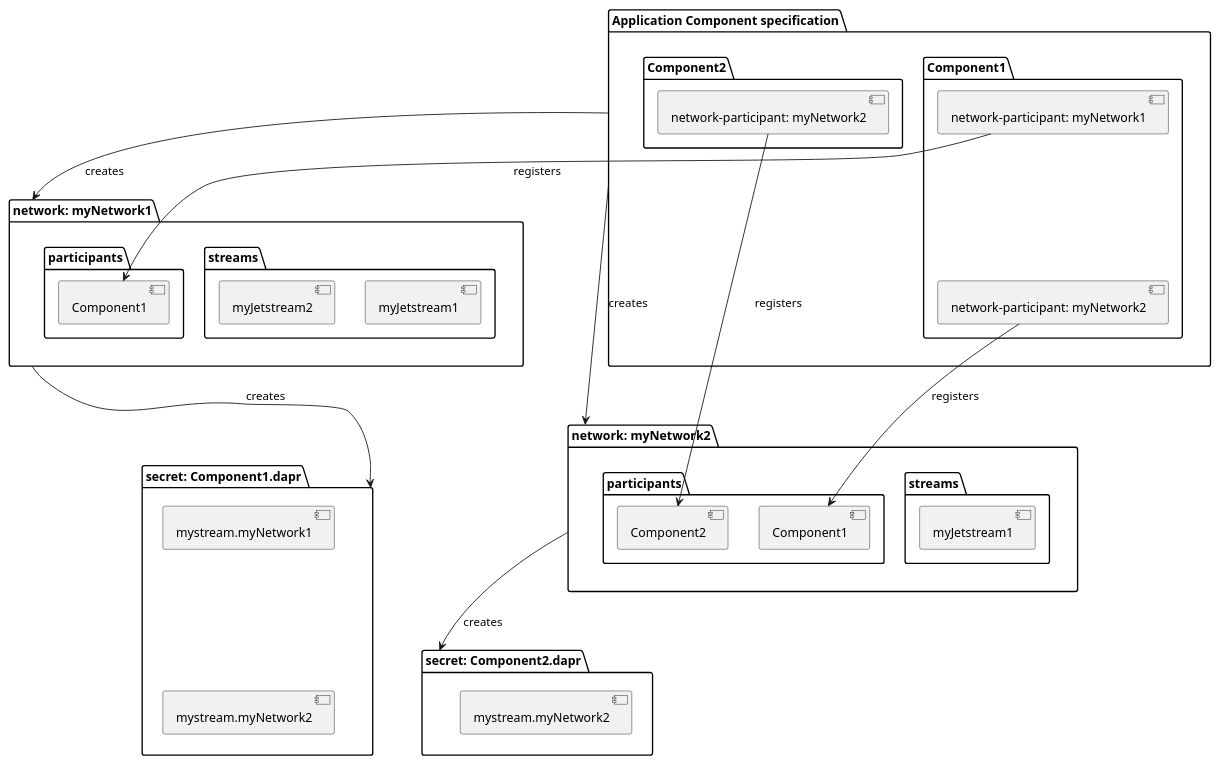
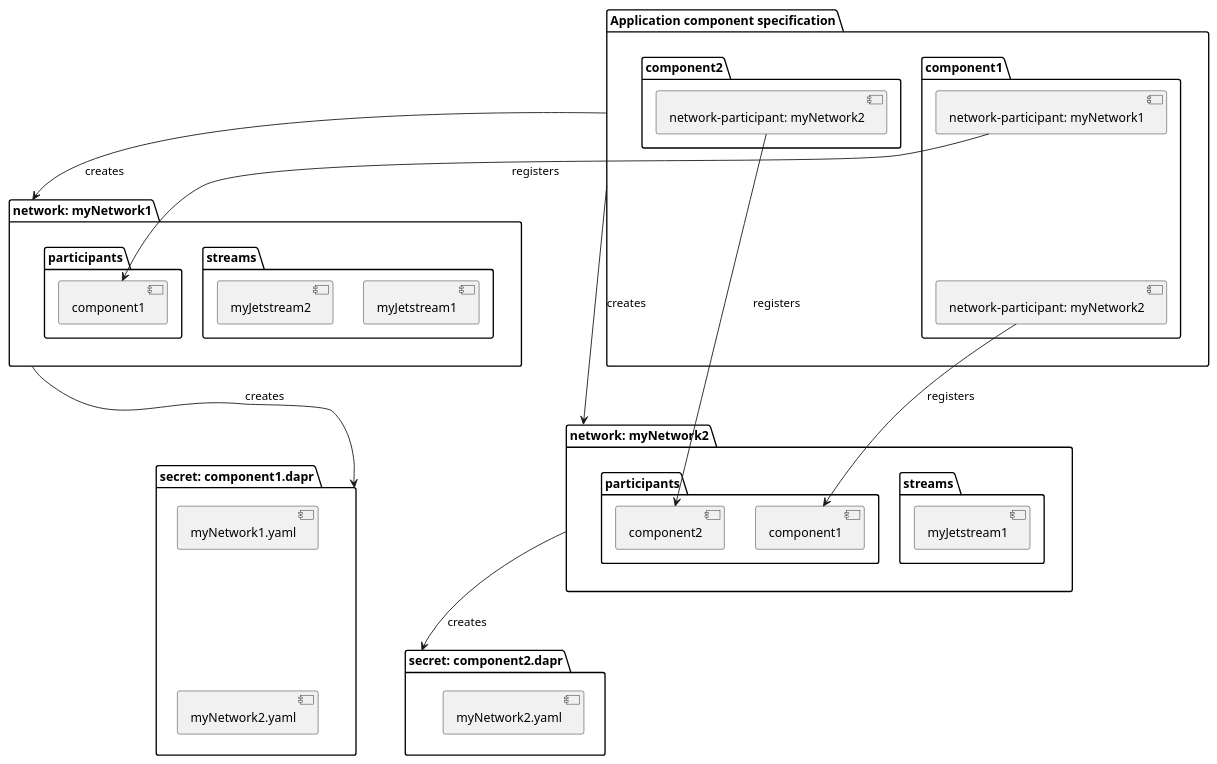
The diagram in docs/images/dapr.puml (edgefarm/anck), drawn with PlantUML before and after one commit. The commit also changed 2 other files, not shown here.

```diff
--- a/docs/images/dapr.puml
+++ b/docs/images/dapr.puml
@@ -1,59 +1,59 @@
 @startuml
 
-package "Application Component specification" as application {
-    package "Component1" as Component1 {
-        [network-participant: myNetwork1] as Component1_participant_myNetwork1
-        [network-participant: myNetwork2] as Component1_participant_myNetwork2
-        Component1_participant_myNetwork1 -[hidden]d- Component1_participant_myNetwork2
+package "Application component specification" as application {
+    package "component1" as component1 {
+        [network-participant: myNetwork1] as component1_participant_myNetwork1
+        [network-participant: myNetwork2] as component1_participant_myNetwork2
+        component1_participant_myNetwork1 -[hidden]d- component1_participant_myNetwork2
     }
 
-    package "Component2" as Component2{
-        [network-participant: myNetwork2] as Component2_participant_myNetwork2
+    package "component2" as component2{
+        [network-participant: myNetwork2] as component2_participant_myNetwork2
     }
-    ' Component1 -[hidden]l- Component2
+    ' component1 -[hidden]l- component2
 }
 
-package "secret: Component1.dapr" as secret_Component1_dapr {
-    [mystream.myNetwork1] as sn1
-    [mystream.myNetwork2] as sn2
+package "secret: component1.dapr" as secret_component1_dapr {
+    [myNetwork1.yaml] as sn1
+    [myNetwork2.yaml] as sn2
     sn1 -[hidden]u- sn2
     sn2 -[hidden]u- sn1
 }
 
-package "secret: Component2.dapr" as secret_Component2_dapr {
-    [mystream.myNetwork2]
+package "secret: component2.dapr" as secret_component2_dapr {
+    [myNetwork2.yaml]
 }
-secret_Component1_dapr -[hidden]d- secret_Component2_dapr
+secret_component1_dapr -[hidden]d- secret_component2_dapr
 
 
 package "network: myNetwork1" as myNetwork1 {
     package "streams" as myNetwork1_streams {
         [myJetstream1] as myNetwork1_jetstream1
         [myJetstream2] as myNetwork1_jetstream2
     }
     package "participants" as myNetwork1_participants {
-        [Component1] as myNetwork1_Component1
+        [component1] as myNetwork1_component1
     }
 }
 
 package "network: myNetwork2" as myNetwork2 {
     package "streams" as myNetwork2_streams {
         [myJetstream1] as myNetwork2_jetstream1
     }
     package "participants" as myNetwork2_participants {
-        [Component1] as myNetwork2_Component1
-        [Component2] as myNetwork2_Component2
+        [component1] as myNetwork2_component1
+        [component2] as myNetwork2_component2
     }
 }
 
 application --> myNetwork1 : creates
 application --> myNetwork2 : creates
 myNetwork1 -[hidden]r- myNetwork2
-Component1_participant_myNetwork1 --> myNetwork1_Component1 : registers
-Component1_participant_myNetwork2 --> myNetwork2_Component1 : registers
-Component2_participant_myNetwork2 --> myNetwork2_Component2 : registers
-secret_Component1_dapr <-u- myNetwork1 : creates
-secret_Component2_dapr <-u- myNetwork2 : creates
+component1_participant_myNetwork1 --> myNetwork1_component1 : registers
+component1_participant_myNetwork2 --> myNetwork2_component1 : registers
+component2_participant_myNetwork2 --> myNetwork2_component2 : registers
+secret_component1_dapr <-u- myNetwork1 : creates
+secret_component2_dapr <-u- myNetwork2 : creates
 
 
 @enduml
```
